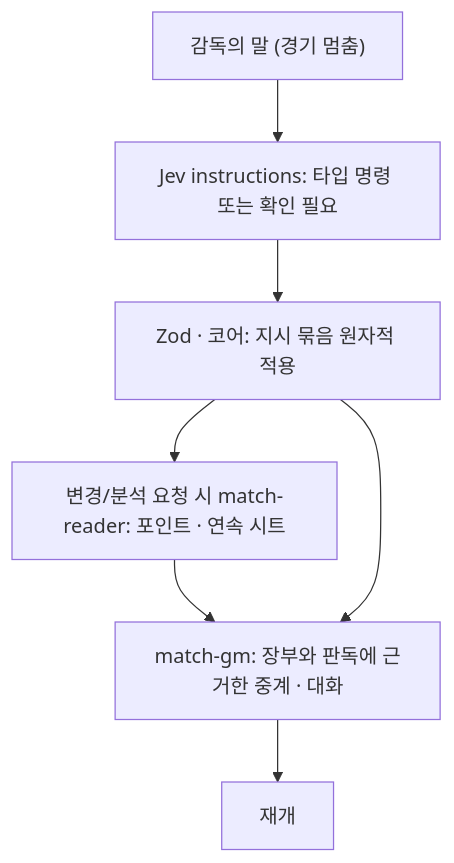
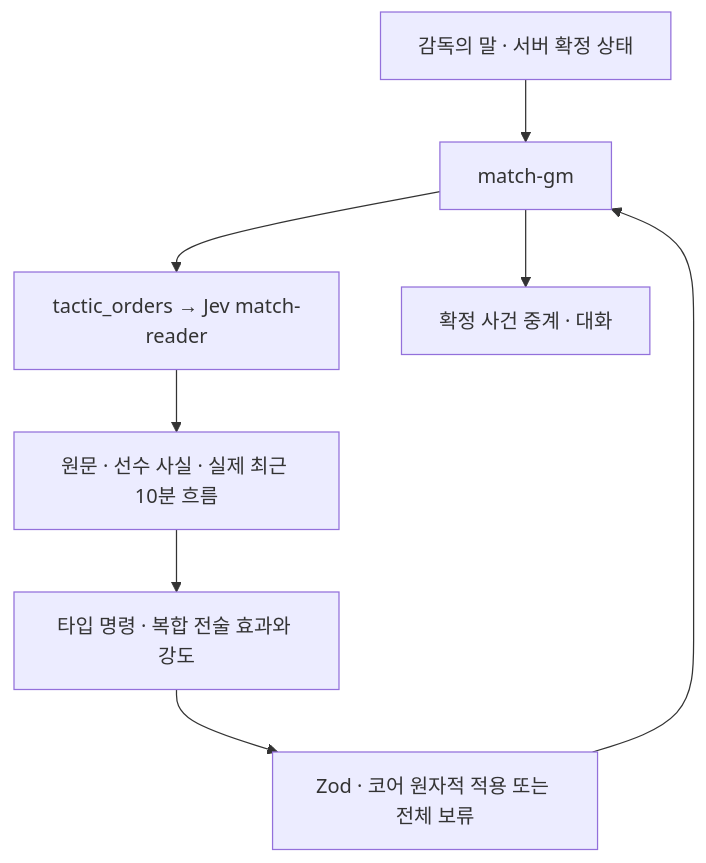
Before and after one commit to dhoonjang/gaffer: the second of 2 diagrams in docs/match/match.md, drawn with Mermaid. The commit also changed other lines of this file and 8 other files, not shown here.

Commit message:
docs(llm): describe on-demand interpreters and observed match flow

````diff
--- a/docs/match/match.md
+++ b/docs/match/match.md
@@ -110,9 +110,10 @@
 ```mermaid
 flowchart TB
-  A["감독의 말 (경기 멈춤)"] --> B["Jev instructions: 타입 명령 또는 확인 필요"]
-  B --> C["Zod · 코어: 지시 묶음 원자적 적용"]
-  C --> D["변경/분석 요청 시 match-reader: 포인트 · 연속 시트"]
-  D --> E["match-gm: 장부와 판독에 근거한 중계 · 대화"]
-  C --> E
-  E --> F["재개"]
+  A["감독의 말 · 서버 확정 상태"] --> G["match-gm"]
+  G --> B["tactic_orders → Jev match-reader"]
+  B --> C["원문 · 선수 사실 · 실제 최근 10분 흐름"]
+  C --> D["타입 명령 · 복합 전술 효과와 강도"]
+  D --> E["Zod · 코어 원자적 적용 또는 전체 보류"]
+  E --> G
+  G --> F["확정 사건 중계 · 대화"]
 ```
````
